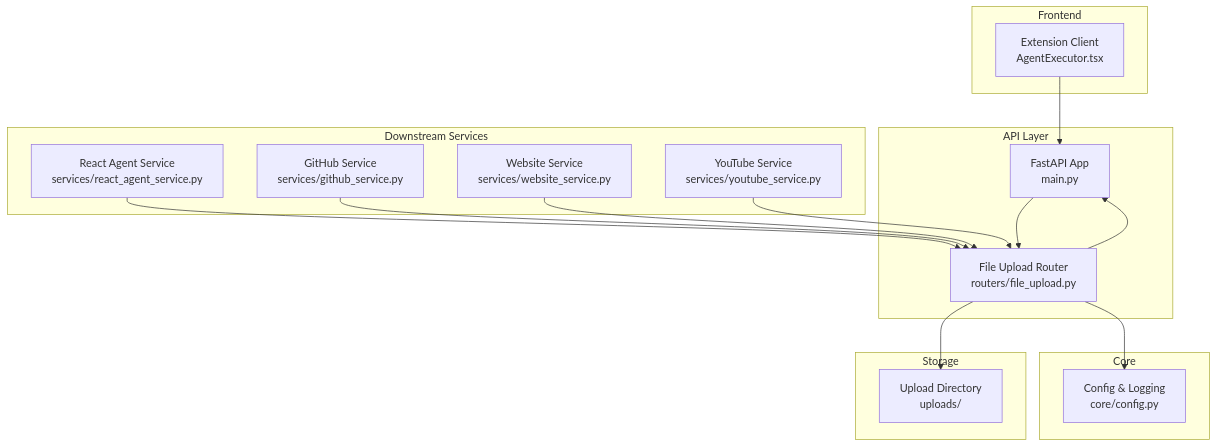
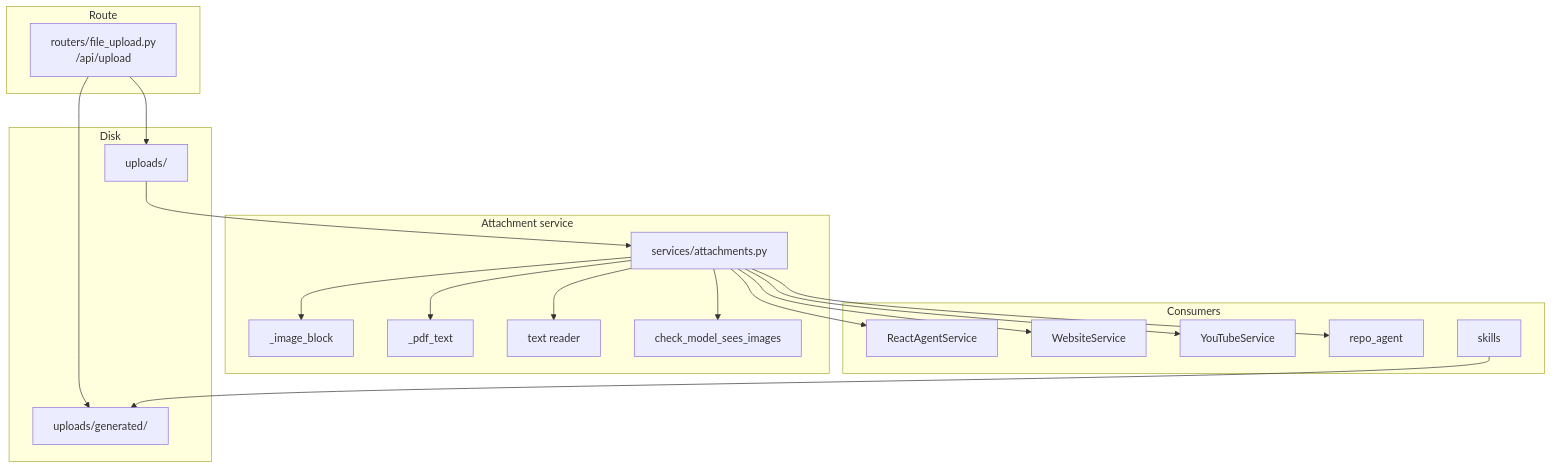
Before and after one commit to tashifkhan/tashif.codes: the first of 6 diagrams in src/data/docs/agentic-browser/API Server/File Upload API.md, drawn with Mermaid. The commit also changed other lines of this file and 114 other files, not shown here.

````diff
--- a/src/data/docs/agentic-browser/API Server/File Upload API.md
+++ b/src/data/docs/agentic-browser/API Server/File Upload API.md
@@ -13,31 +17,36 @@
 ```mermaid
 graph TB
-subgraph "API Layer"
-APP["FastAPI App<br/>main.py"]
-ROUTER["File Upload Router<br/>routers/file_upload.py"]
-end
-subgraph "Core"
-CONFIG["Config & Logging<br/>core/config.py"]
-end
-subgraph "Storage"
-UPLOADS["Upload Directory<br/>uploads/"]
-end
-subgraph "Frontend"
-EXT["Extension Client<br/>AgentExecutor.tsx"]
-end
-subgraph "Downstream Services"
-REACT["React Agent Service<br/>services/react_agent_service.py"]
-GITHUB["GitHub Service<br/>services/github_service.py"]
-WEBSITE["Website Service<br/>services/website_service.py"]
-YOUTUBE["YouTube Service<br/>services/youtube_service.py"]
-end
-EXT --> APP
-APP --> ROUTER
-ROUTER --> UPLOADS
-ROUTER --> CONFIG
-ROUTER --> APP
-REACT --> ROUTER
-GITHUB --> ROUTER
-WEBSITE --> ROUTER
-YOUTUBE --> ROUTER
+  subgraph "Route"
+    UP["routers/file_upload.py<br/>/api/upload"]
+  end
+  subgraph "Disk"
+    ROOT["uploads/"]
+    GEN["uploads/generated/"]
+  end
+  subgraph "Attachment service"
+    ATT["services/attachments.py"]
+    IMG["_image_block"]
+    PDF["_pdf_text"]
+    TXT["text reader"]
+    CAP["check_model_sees_images"]
+  end
+  subgraph "Consumers"
+    REACT["ReactAgentService"]
+    WEB["WebsiteService"]
+    YT["YouTubeService"]
+    GH["repo_agent"]
+    SK["skills"]
+  end
+  UP --> ROOT
+  UP --> GEN
+  ROOT --> ATT
+  ATT --> IMG
+  ATT --> PDF
+  ATT --> TXT
+  ATT --> CAP
+  ATT --> REACT
+  ATT --> WEB
+  ATT --> YT
+  ATT --> GH
+  SK --> GEN
 ```
````
